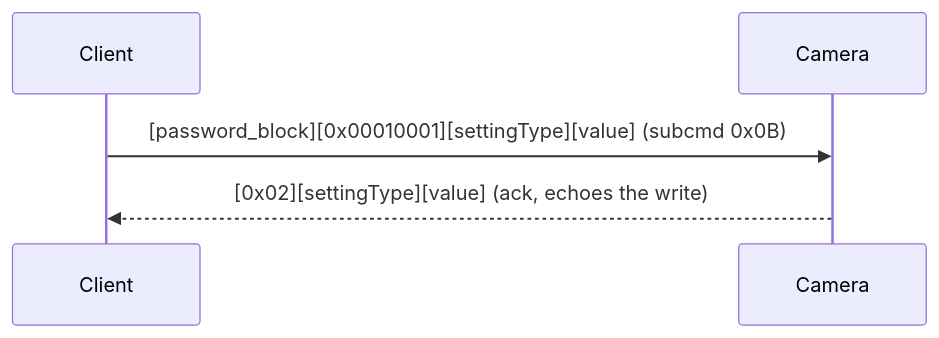
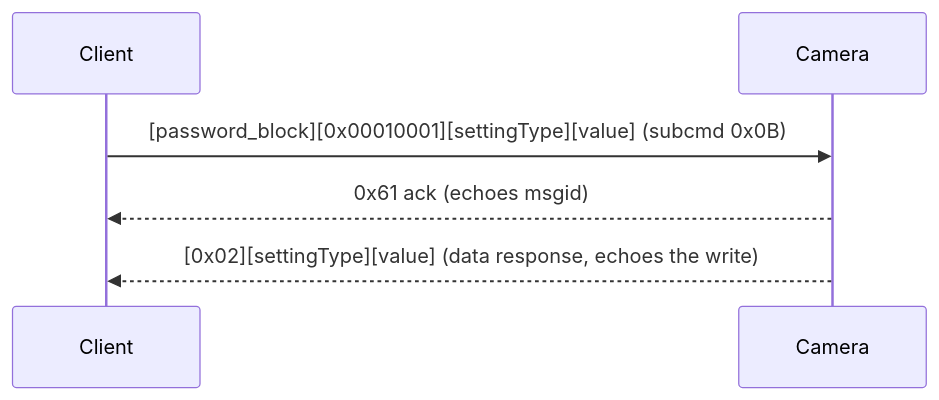
One commit to LouisBrunner/ha-gwell-ipcam changed the fourth of 6 diagrams in docs/PROTOCOL.md. Above: the diagram before and after it, drawn with Mermaid. The commit also changed other lines of this file and 30 other files, not shown here.

````diff
--- a/docs/PROTOCOL.md
+++ b/docs/PROTOCOL.md
@@ -125,7 +185,8 @@
 ```mermaid
 sequenceDiagram
     participant C as Client
     participant Cam as Camera
     C->>Cam: [password_block][0x00010001][settingType][value] (subcmd 0x0B)
-    Cam-->>C: [0x02][settingType][value] (ack, echoes the write)
+    Cam-->>C: 0x61 ack (echoes msgid)
+    Cam-->>C: [0x02][settingType][value] (data response, echoes the write)
 ```
````
